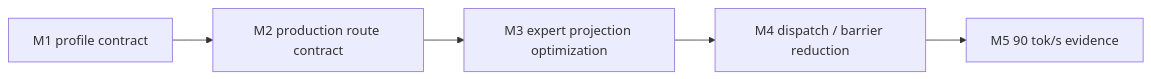
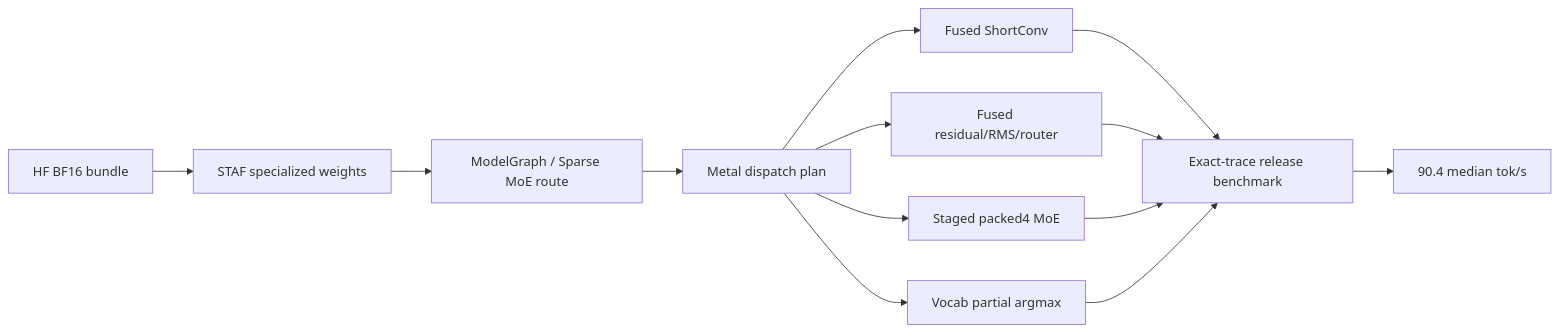
One commit to 1amageek/swift-lm changed the first of 2 diagrams in docs/development/lfm25-a1b-m5-progress.md. Above: the diagram before and after it, drawn with Mermaid. The commit also changed other lines of this file and 3 other files, not shown here.

````diff
--- a/docs/development/lfm25-a1b-m5-progress.md
+++ b/docs/development/lfm25-a1b-m5-progress.md
@@ -8,7 +24,15 @@
 ```mermaid
 flowchart LR
-    A["M1 profile contract"] --> B["M2 production route contract"]
-    B --> C["M3 expert projection optimization"]
-    C --> D["M4 dispatch / barrier reduction"]
-    D --> E["M5 90 tok/s evidence"]
+    A["HF BF16 bundle"] --> B["STAF specialized weights"]
+    B --> C["ModelGraph / Sparse MoE route"]
+    C --> D["Metal dispatch plan"]
+    D --> E["Fused ShortConv"]
+    D --> F["Fused residual/RMS/router"]
+    D --> G["Staged packed4 MoE"]
+    D --> H["Vocab partial argmax"]
+    E --> I["Exact-trace release benchmark"]
+    F --> I
+    G --> I
+    H --> I
+    I --> J["90.4 median tok/s"]
 ```
````
